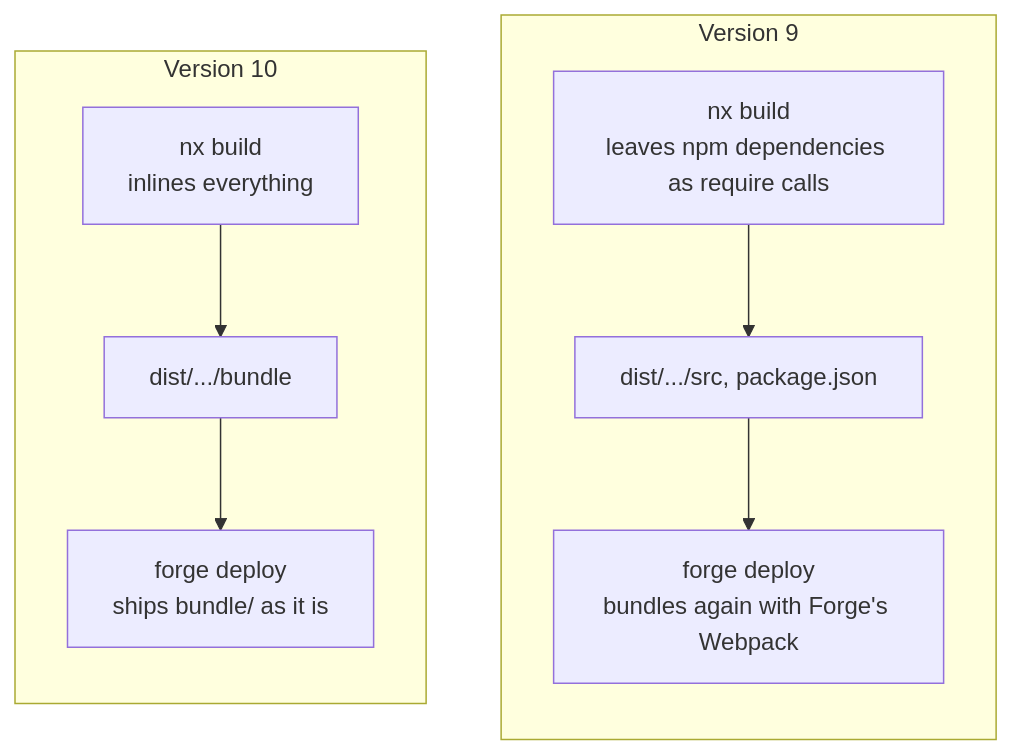
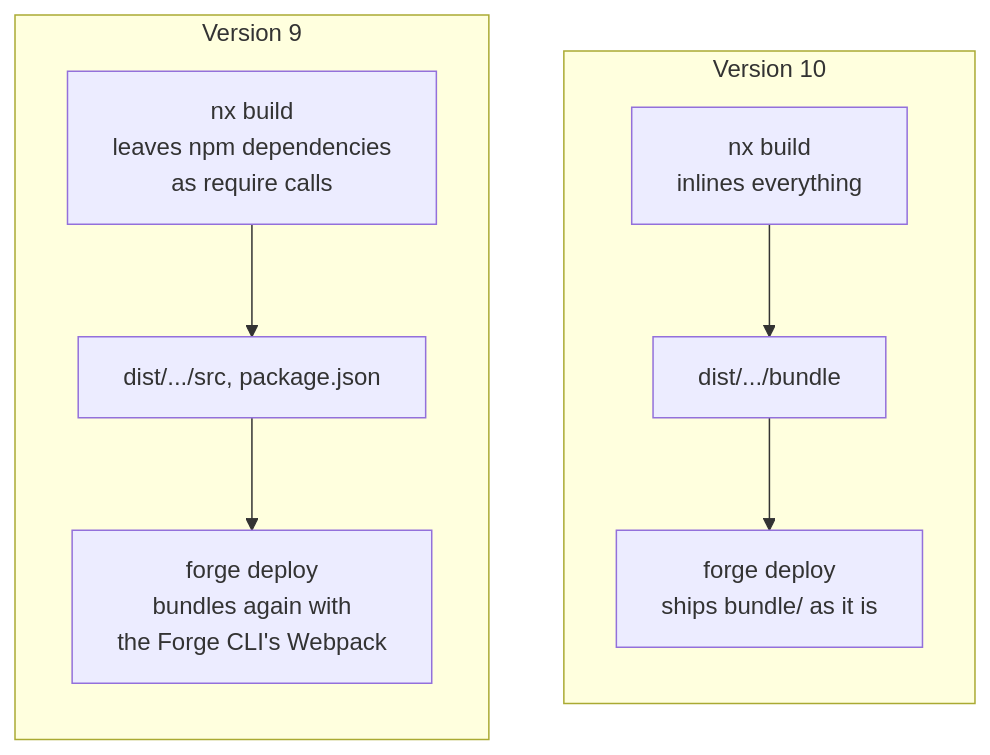
One commit to toolsplus/nx-forge changed the diagram in docs/guides/upgrading-to-v10.md. Above: the diagram before and after it, drawn with Mermaid. The commit also changed other lines of this file and 8 other files, not shown here.

First line of the commit message:
docs: fix cut-off Mermaid labels and name the Forge CLI consistently

````diff
--- a/docs/guides/upgrading-to-v10.md
+++ b/docs/guides/upgrading-to-v10.md
@@ -11,13 +11,14 @@
 ```mermaid
-flowchart TB
+flowchart LR
   subgraph v9["Version 9"]
     direction TB
-    A1["nx build<br/>leaves npm dependencies as require calls"] --> A2["dist/.../src, package.json"]
-    A2 --> A3["forge deploy<br/>bundles again with Forge's Webpack"]
+    A1["nx build<br/>leaves npm dependencies<br/>as require calls"] --> A2["dist/.../src, package.json"]
+    A2 --> A3["forge deploy<br/>bundles again with<br/>the Forge CLI's Webpack"]
   end
   subgraph v10["Version 10"]
     direction TB
     B1["nx build<br/>inlines everything"] --> B2["dist/.../bundle"]
     B2 --> B3["forge deploy<br/>ships bundle/ as it is"]
   end
+  v9 ~~~ v10
 ```
````
